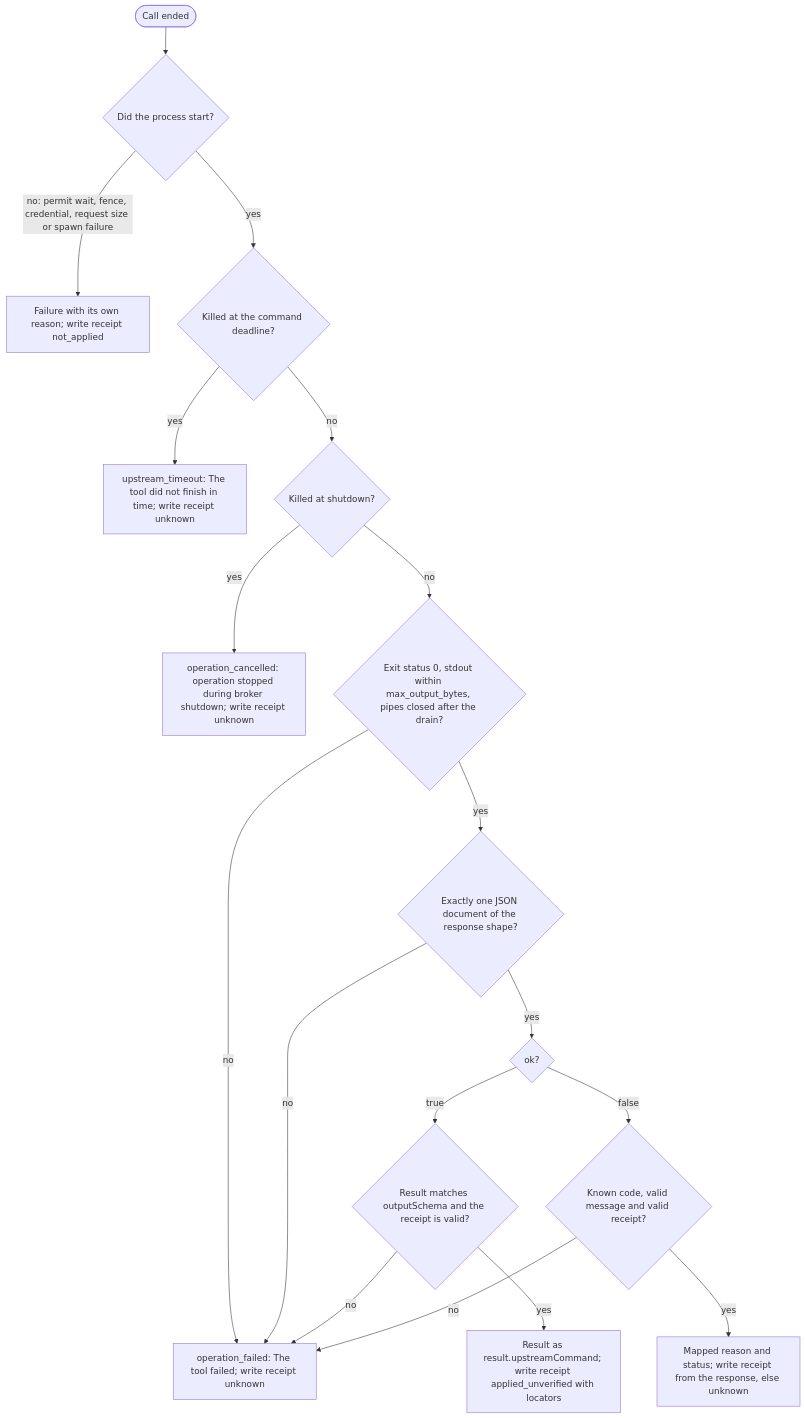
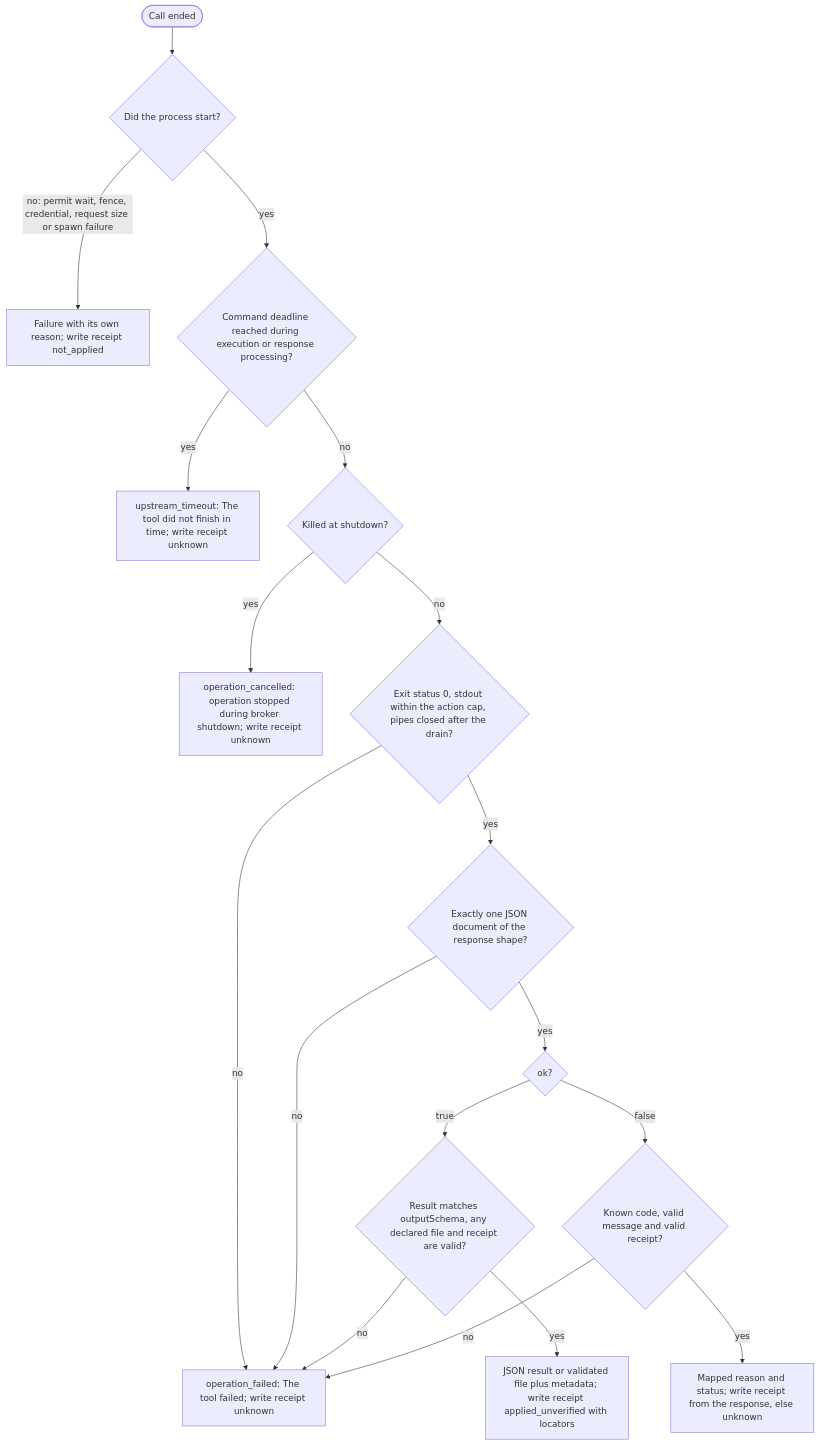
Before and after one commit to kcosr/agent-access-broker: the fifth of 6 diagrams in docs/command-imports.md, drawn with Mermaid. The commit also changed other lines of this file and 81 other files, not shown here.

Commit message:
Add bounded command downloads and generic invoke output

````diff
--- a/docs/command-imports.md
+++ b/docs/command-imports.md
@@ -821,20 +941,20 @@
 ```mermaid
 flowchart TD
     Start([Call ended]) --> Spawned{"Did the process start?"}
     Spawned -->|"no: permit wait, fence, credential, request size or spawn failure"| Before["Failure with its own reason; write receipt not_applied"]
-    Spawned -->|yes| Deadline{"Killed at the command deadline?"}
+    Spawned -->|yes| Deadline{"Command deadline reached during execution or response processing?"}
     Deadline -->|yes| Timeout["upstream_timeout: The tool did not finish in time; write receipt unknown"]
     Deadline -->|no| Shutdown{"Killed at shutdown?"}
     Shutdown -->|yes| Cancelled["operation_cancelled: operation stopped during broker shutdown; write receipt unknown"]
-    Shutdown -->|no| Clean{"Exit status 0, stdout within max_output_bytes, pipes closed after the drain?"}
+    Shutdown -->|no| Clean{"Exit status 0, stdout within the action cap, pipes closed after the drain?"}
     Clean -->|no| Failed["operation_failed: The tool failed; write receipt unknown"]
     Clean -->|yes| Parse{"Exactly one JSON document of the response shape?"}
     Parse -->|no| Failed
     Parse -->|yes| Ok{"ok?"}
-    Ok -->|true| Valid{"Result matches outputSchema and the receipt is valid?"}
+    Ok -->|true| Valid{"Result matches outputSchema, any declared file and receipt are valid?"}
     Valid -->|no| Failed
-    Valid -->|yes| Success["Result as result.upstreamCommand; write receipt applied_unverified with locators"]
+    Valid -->|yes| Success["JSON result or validated file plus metadata; write receipt applied_unverified with locators"]
     Ok -->|false| Code{"Known code, valid message and valid receipt?"}
     Code -->|no| Failed
     Code -->|yes| Mapped["Mapped reason and status; write receipt from the response, else unknown"]
 ```
````
